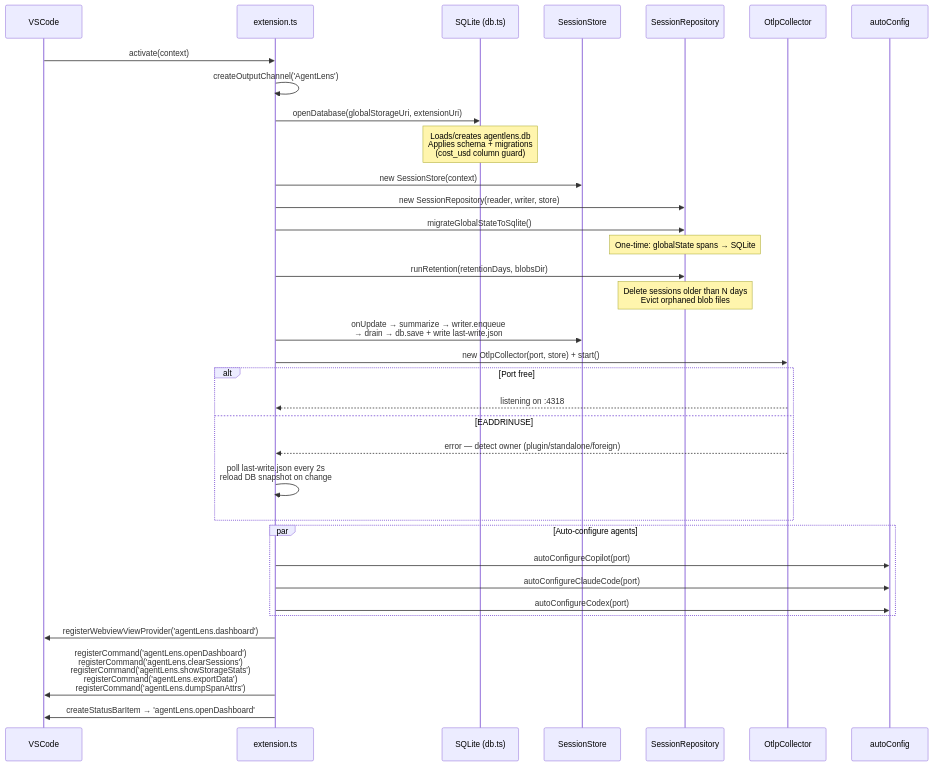
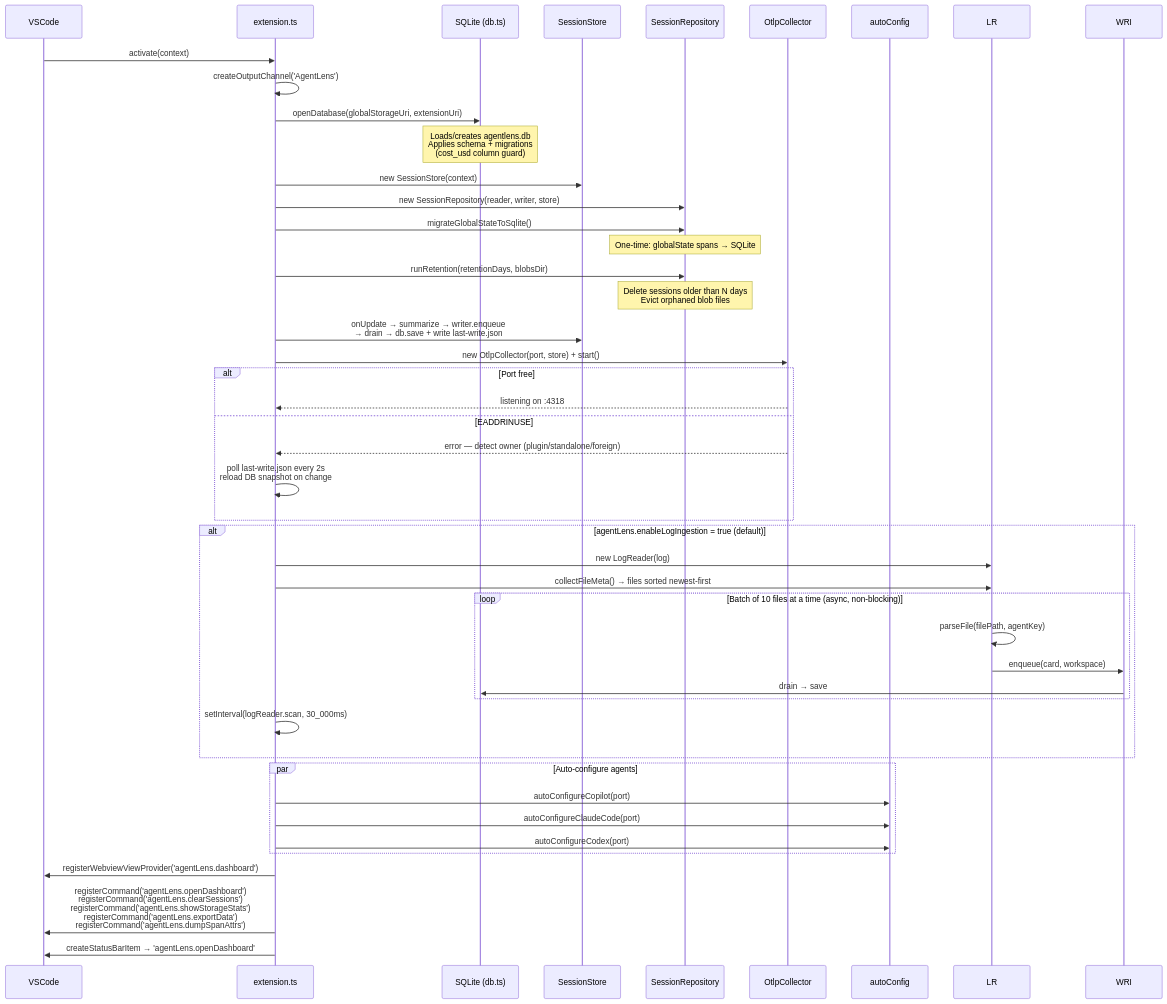
Before and after one commit to RogerReed/agentlens: the second of 19 diagrams in ARCHITECTURE.md, drawn with Mermaid. The commit also changed other lines of this file, not shown here.

First line of the commit message:
docs: update ARCHITECTURE.md to reflect local log ingestion and recent additions

````diff
--- a/ARCHITECTURE.md
+++ b/ARCHITECTURE.md
@@ -70,37 +84,47 @@
 ```mermaid
 sequenceDiagram
     participant VS as VSCode
     participant EXT as extension.ts
     participant DB as SQLite (db.ts)
     participant STO as SessionStore
     participant REPO as SessionRepository
     participant COL as OtlpCollector
     participant CFG as autoConfig
 
     VS->>EXT: activate(context)
     EXT->>EXT: createOutputChannel('AgentLens')
     EXT->>DB: openDatabase(globalStorageUri, extensionUri)
     Note over DB: Loads/creates agentlens.db<br/>Applies schema + migrations<br/>(cost_usd column guard)
     EXT->>STO: new SessionStore(context)
     EXT->>REPO: new SessionRepository(reader, writer, store)
     EXT->>REPO: migrateGlobalStateToSqlite()
     Note over REPO: One-time: globalState spans → SQLite
     EXT->>REPO: runRetention(retentionDays, blobsDir)
     Note over REPO: Delete sessions older than N days<br/>Evict orphaned blob files
     EXT->>STO: onUpdate → summarize → writer.enqueue<br/>→ drain → db.save + write last-write.json
     EXT->>COL: new OtlpCollector(port, store) + start()
     alt Port free
         COL-->>EXT: listening on :4318
     else EADDRINUSE
         COL-->>EXT: error — detect owner (plugin/standalone/foreign)
         EXT->>EXT: poll last-write.json every 2s<br/>reload DB snapshot on change
     end
+    alt agentLens.enableLogIngestion = true (default)
+        EXT->>LR: new LogReader(log)
+        EXT->>LR: collectFileMeta() → files sorted newest-first
+        loop Batch of 10 files at a time (async, non-blocking)
+            LR->>LR: parseFile(filePath, agentKey)
+            LR->>WRI: enqueue(card, workspace)
+            WRI->>DB: drain → save
+        end
+        EXT->>EXT: setInterval(logReader.scan, 30_000ms)
+    end
     par Auto-configure agents
         EXT->>CFG: autoConfigureCopilot(port)
         EXT->>CFG: autoConfigureClaudeCode(port)
         EXT->>CFG: autoConfigureCodex(port)
     end
     EXT->>VS: registerWebviewViewProvider('agentLens.dashboard')
     EXT->>VS: registerCommand('agentLens.openDashboard')<br/>registerCommand('agentLens.clearSessions')<br/>registerCommand('agentLens.showStorageStats')<br/>registerCommand('agentLens.exportData')<br/>registerCommand('agentLens.dumpSpanAttrs')
     EXT->>VS: createStatusBarItem → 'agentLens.openDashboard'
 ```
````
